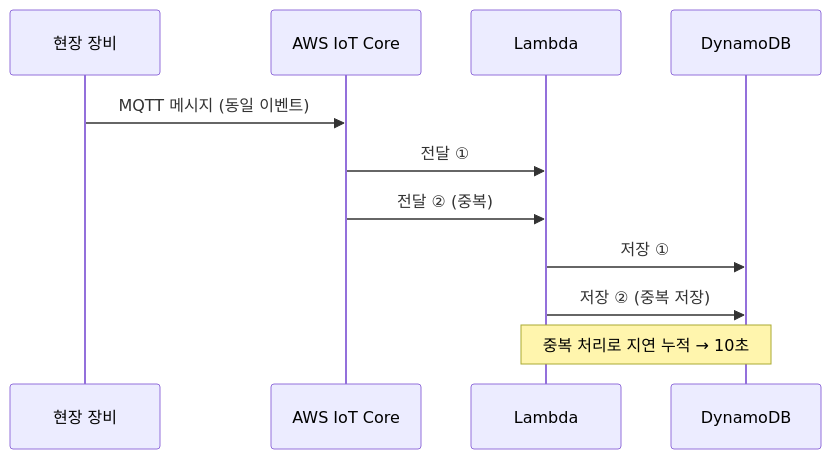
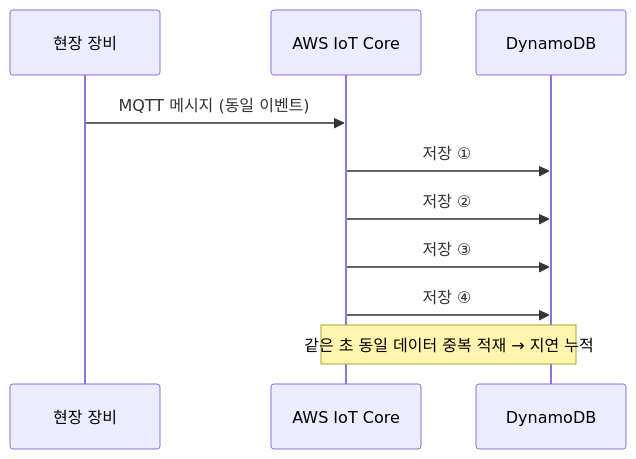
One commit to kyungchan3007/-portfolio changed the first of 2 diagrams in docs/realtime/dedup-idempotency.md. Above: the diagram before and after it, drawn with Mermaid. The commit also changed other lines of this file and 14 other files, not shown here.

````diff
--- a/docs/realtime/dedup-idempotency.md
+++ b/docs/realtime/dedup-idempotency.md
@@ -24,14 +24,13 @@
 ```mermaid
 sequenceDiagram
     participant Device as 현장 장비
     participant IoT as AWS IoT Core
-    participant Lambda
     participant DB as DynamoDB
 
     Device->>IoT: MQTT 메시지 (동일 이벤트)
-    IoT->>Lambda: 전달 ①
-    IoT->>Lambda: 전달 ② (중복)
-    Lambda->>DB: 저장 ①
-    Lambda->>DB: 저장 ② (중복 저장)
-    Note over Lambda,DB: 중복 처리로 지연 누적 → 10초
+    IoT->>DB: 저장 ①
+    IoT->>DB: 저장 ②
+    IoT->>DB: 저장 ③
+    IoT->>DB: 저장 ④
+    Note over IoT,DB: 같은 초 동일 데이터 중복 적재 → 지연 누적
 ```
````
